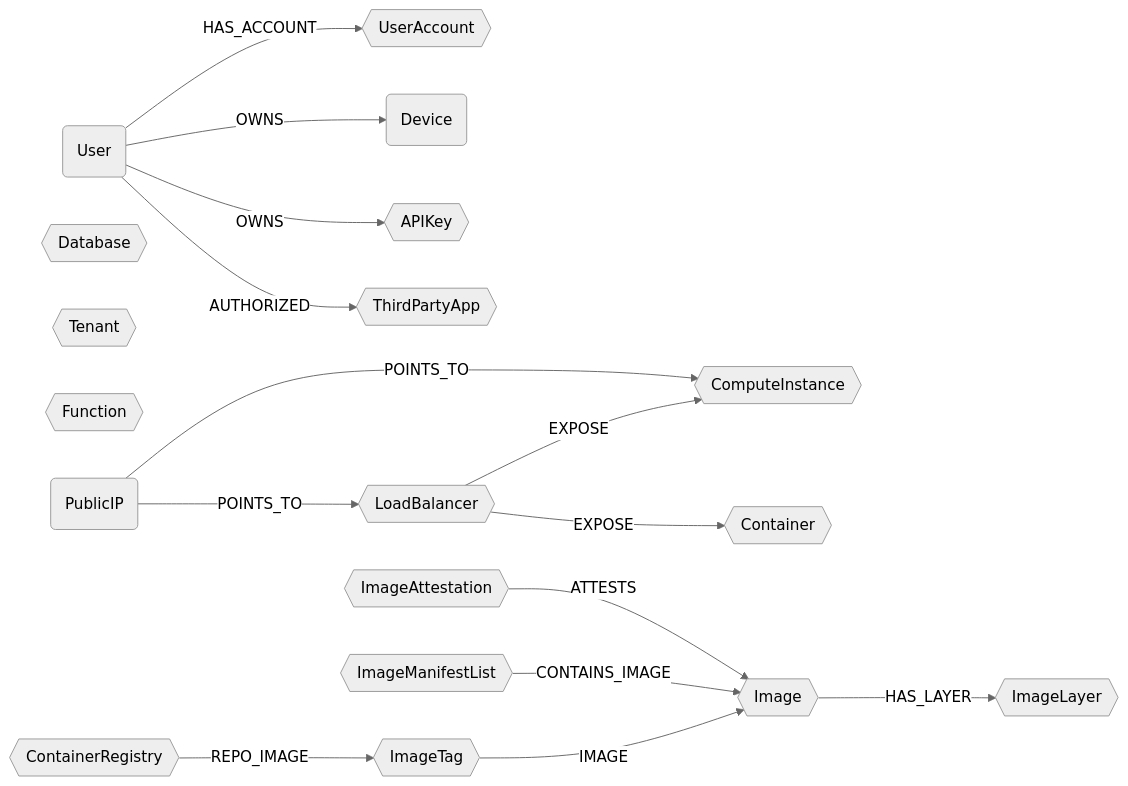
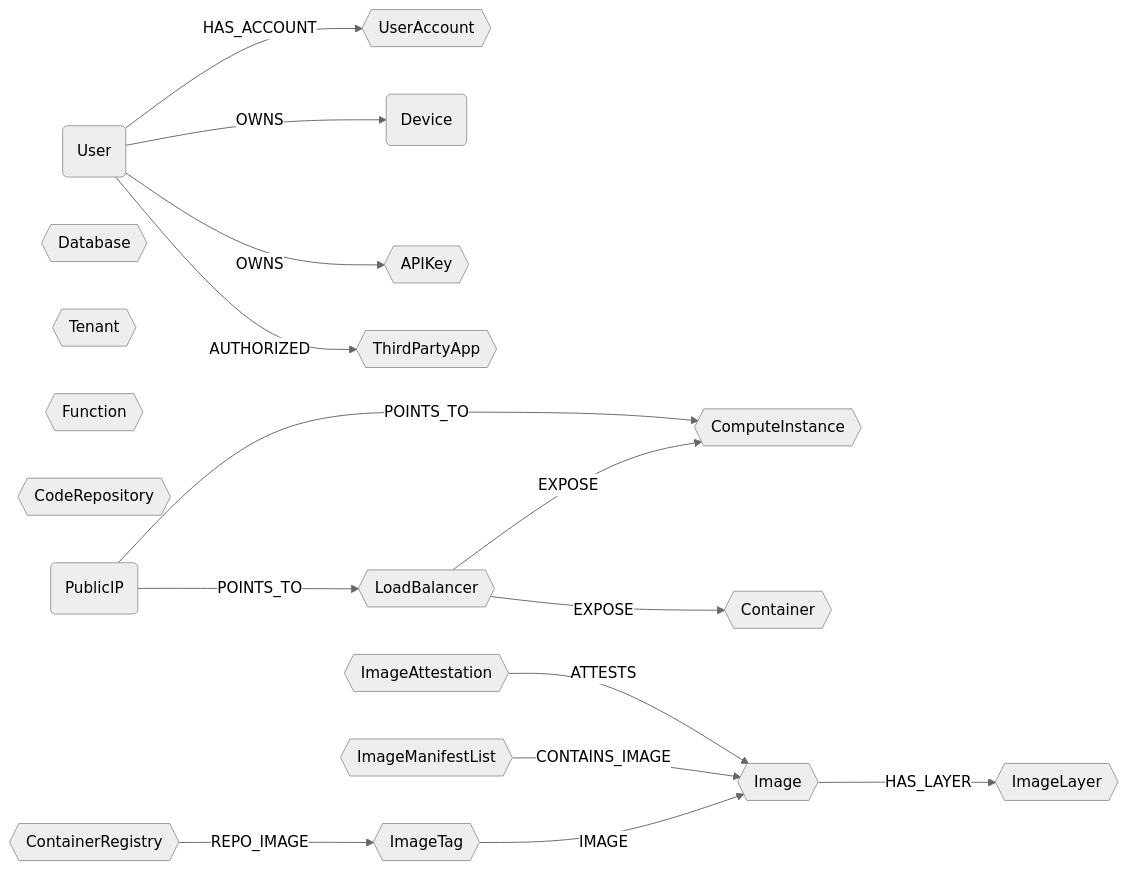
One commit to sec-js/cartography changed the diagram in docs/root/modules/ontology/schema.md. Above: the diagram before and after it, drawn with Mermaid (neutral theme). The commit also changed other lines of this file and 5 other files, not shown here.

First line of the commit message:
feat(ontology): add CodeRepository semantic label for source code repositories (#2350)

````diff
--- a/docs/root/modules/ontology/schema.md
+++ b/docs/root/modules/ontology/schema.md
@@ -6,20 +6,21 @@
 ```mermaid
 graph LR
 
 U(User) -- HAS_ACCOUNT --> UA{{UserAccount}}
 U -- OWNS --> CC(Device)
 U -- OWNS --> AK{{APIKey}}
 U -- AUTHORIZED --> OA{{ThirdPartyApp}}
 LB{{LoadBalancer}} -- EXPOSE --> CI{{ComputeInstance}}
-LB -- EXPOSE --> CT{{Container}}
+LB{{LoadBalancer}} -- EXPOSE --> CT{{Container}}
 DB{{Database}}
 TN{{Tenant}}
 FN{{Function}}
+REPO{{CodeRepository}}
 PIP(PublicIP) -- POINTS_TO --> LB
 PIP -- POINTS_TO --> CI
 CR{{ContainerRegistry}} -- REPO_IMAGE --> IT{{ImageTag}}
 IT -- IMAGE --> IM{{Image}}
 IML{{ImageManifestList}} -- CONTAINS_IMAGE --> IM
 IA{{ImageAttestation}} -- ATTESTS --> IM
 IM -- HAS_LAYER --> IL{{ImageLayer}}
 ```
````
